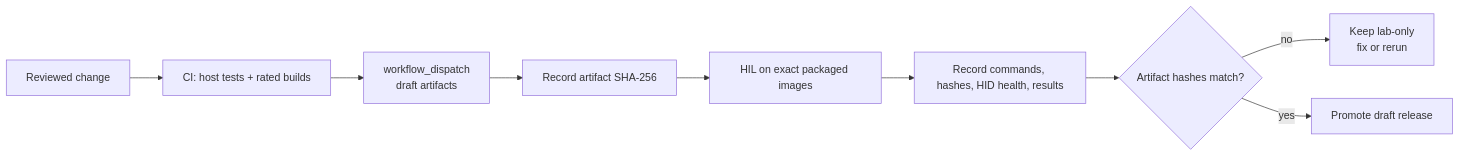
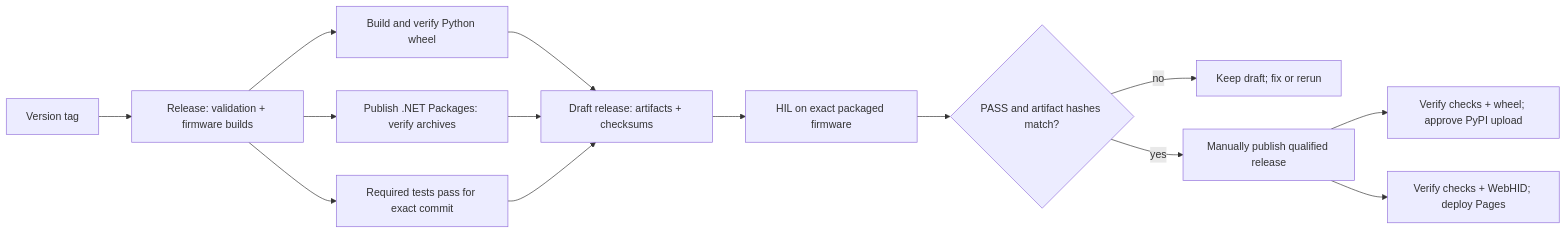
The diagram in docs/releasing.md (djwinter29-oss/PicoUart), drawn with Mermaid before and after one commit. The commit also changed other lines of this file and 10 other files, not shown here.

````diff
--- a/docs/releasing.md
+++ b/docs/releasing.md
@@ -16,11 +35,16 @@
 ```mermaid
 flowchart LR
-   Change["Reviewed change"] --> CI["CI: host tests + rated builds"]
-   CI --> DryRun["workflow_dispatch\ndraft artifacts"]
-   DryRun --> Hash["Record artifact SHA-256"]
-   Hash --> HIL["HIL on exact packaged images"]
-   HIL --> Results["Record commands, hashes, HID health, results"]
-   Results --> Compare{"Artifact hashes match?"}
-   Compare -->|no| Stop["Keep lab-only\nfix or rerun"]
-   Compare -->|yes| Promote["Promote draft release"]
+   Tag["Version tag"] --> Release["Release: validation + firmware builds"]
+   Release --> Python["Build and verify Python wheel"]
+   Release --> Dotnet["Publish .NET Packages: verify archives"]
+   Release --> Checks["Required tests pass for exact commit"]
+   Python --> Draft["Draft release: artifacts + checksums"]
+   Dotnet --> Draft
+   Checks --> Draft
+   Draft --> HIL["HIL on exact packaged firmware"]
+   HIL --> Match{"PASS and artifact hashes match?"}
+   Match -->|no| Stop["Keep draft; fix or rerun"]
+   Match -->|yes| Published["Manually publish qualified release"]
+   Published --> PyPI["Verify checks + wheel; approve PyPI upload"]
+   Published --> Pages["Verify checks + WebHID; deploy Pages"]
 ```
````
